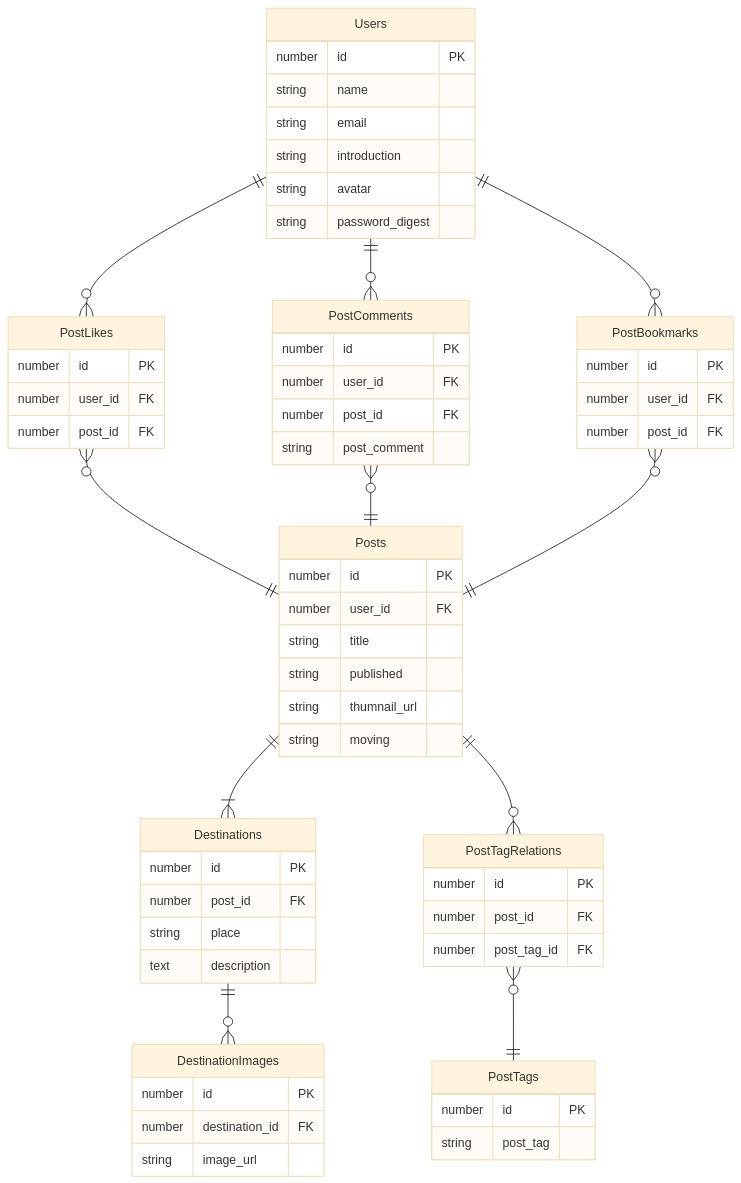
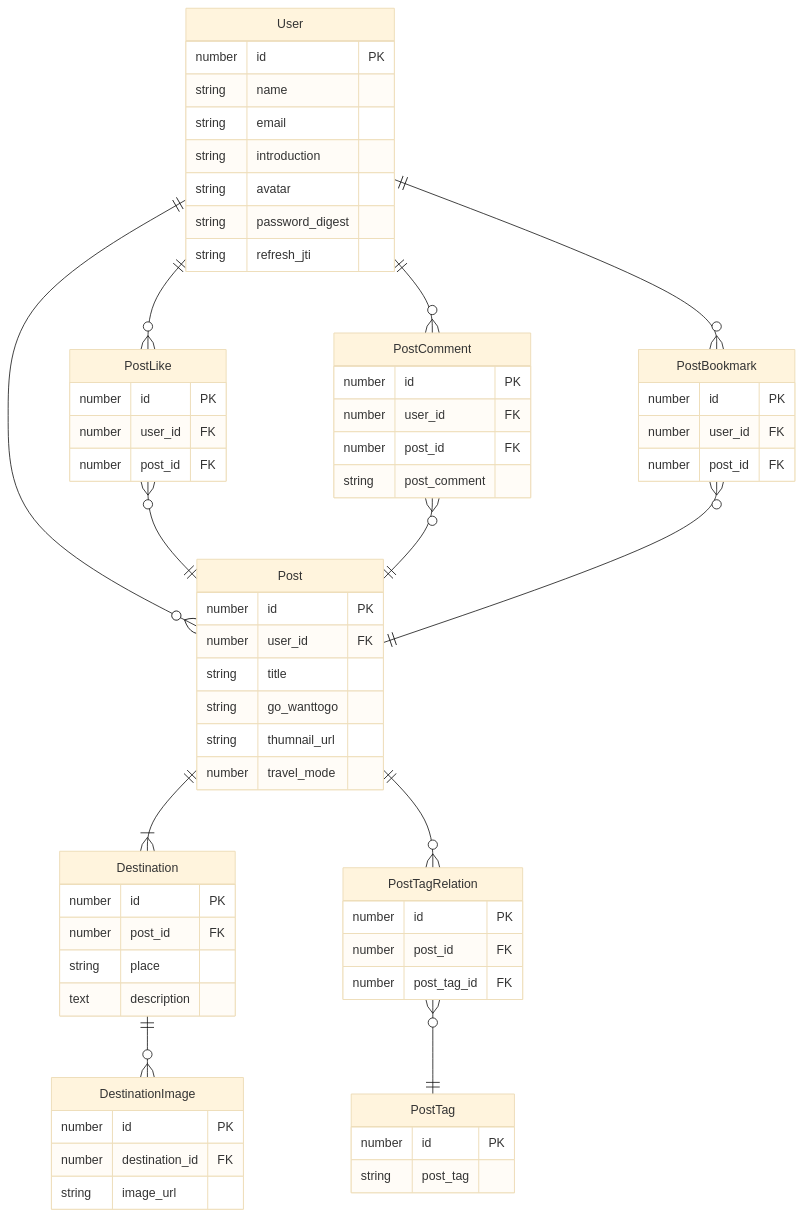
One commit to Utsubo256/tabiji_kari changed the diagram in ERD.md. Above: the diagram before and after it, drawn with Mermaid (base theme).

````diff
--- a/ERD.md
+++ b/ERD.md
@@ -1,65 +1,67 @@
 ```mermaid
 erDiagram
-  Users ||--o{ PostLikes : ""
-  Users ||--o{ PostComments : ""
-  Users ||--o{ PostBookmarks : ""
-  PostLikes }o--|| Posts: ""
-  PostComments }o--|| Posts: ""
-  PostBookmarks }o--|| Posts: ""
-  Posts ||--|{ Destinations : ""
-  Destinations ||--o{ DestinationImages : ""
-  Posts ||--o{ PostTagRelations : ""
-  PostTagRelations }o--|| PostTags : ""
-  Users {
+  User ||--o{ PostLike : ""
+  User ||--o{ PostComment : ""
+  User ||--o{ PostBookmark : ""
+  User ||--o{ Post : ""
+  PostLike }o--|| Post: ""
+  PostComment }o--|| Post : ""
+  PostBookmark }o--|| Post : ""
+  Post ||--|{ Destination : ""
+  Destination ||--o{ DestinationImage : ""
+  Post ||--o{ PostTagRelation : ""
+  PostTagRelation }o--|| PostTag : ""
+  User {
     number id PK
     string name
     string email
     string introduction
     string avatar
     string password_digest
+    string refresh_jti
   }
-  PostLikes {
+  PostLike {
     number id PK
     number user_id FK
     number post_id FK
   }
-  PostComments {
+  PostComment {
     number id PK
     number user_id FK
     number post_id FK
     string post_comment
   }
-  PostBookmarks {
+  PostBookmark {
     number id PK
     number user_id FK
     number post_id FK
   }
-  Posts {
+  Post {
     number id PK
     number user_id FK
     string title
-    string published
+    string go_wanttogo
     string thumnail_url
-    string moving
+    number travel_mode
   }
-  Destinations {
+  Destination {
     number id PK
     number post_id FK
     string place
     text description
   }
-  DestinationImages {
+  DestinationImage {
     number id PK
     number destination_id FK
     string image_url
   }
-  PostTagRelations {
+  PostTagRelation {
     number id PK
     number post_id FK
     number post_tag_id FK
   }
-  PostTags {
+  PostTag {
     number id PK
     string post_tag
   }
 ```
````
